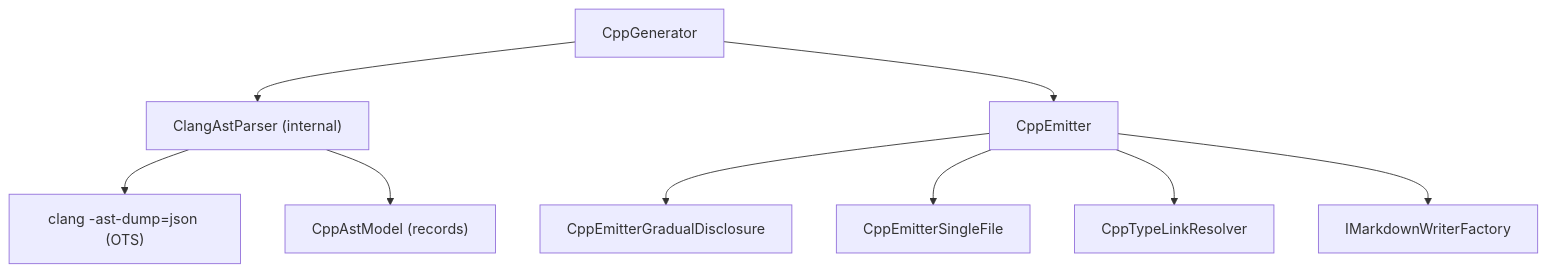
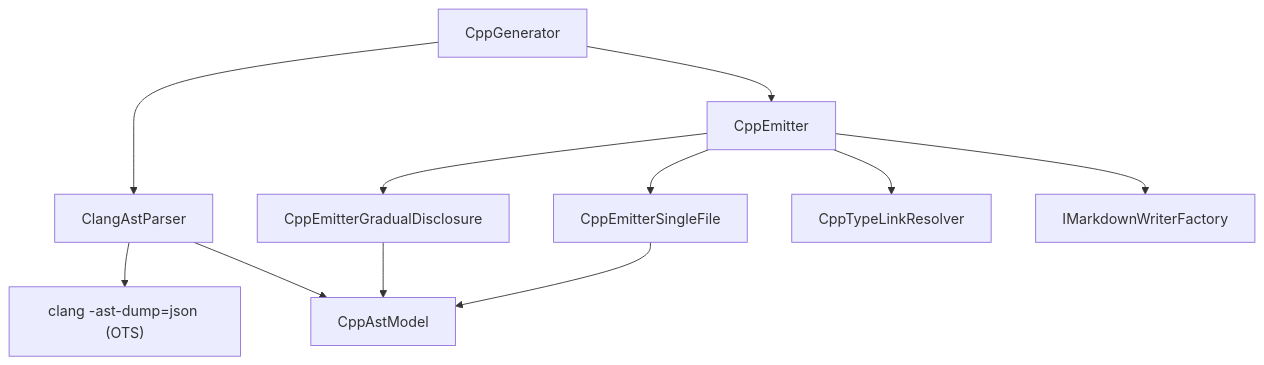
Before and after one commit to demaconsulting/ApiMark: the diagram in docs/design/api-mark-cpp.md, drawn with Mermaid. The commit also changed other lines of this file and 36 other files, not shown here.

````diff
--- a/docs/design/api-mark-cpp.md
+++ b/docs/design/api-mark-cpp.md
@@ -33,11 +25,13 @@
 ```mermaid
 flowchart TD
-    CppGenerator --> ClangAstParser["ClangAstParser (internal)"]
+    CppGenerator --> ClangAstParser
+    ClangAstParser --> clang["clang -ast-dump=json (OTS)"]
+    ClangAstParser --> CppAstModel
     CppGenerator --> CppEmitter
-    ClangAstParser --> clang["clang -ast-dump=json (OTS)"]
-    ClangAstParser --> CppAstModel["CppAstModel (records)"]
     CppEmitter --> CppEmitterGradualDisclosure
     CppEmitter --> CppEmitterSingleFile
     CppEmitter --> CppTypeLinkResolver
     CppEmitter --> IMarkdownWriterFactory
+    CppEmitterGradualDisclosure --> CppAstModel
+    CppEmitterSingleFile --> CppAstModel
 ```
````
